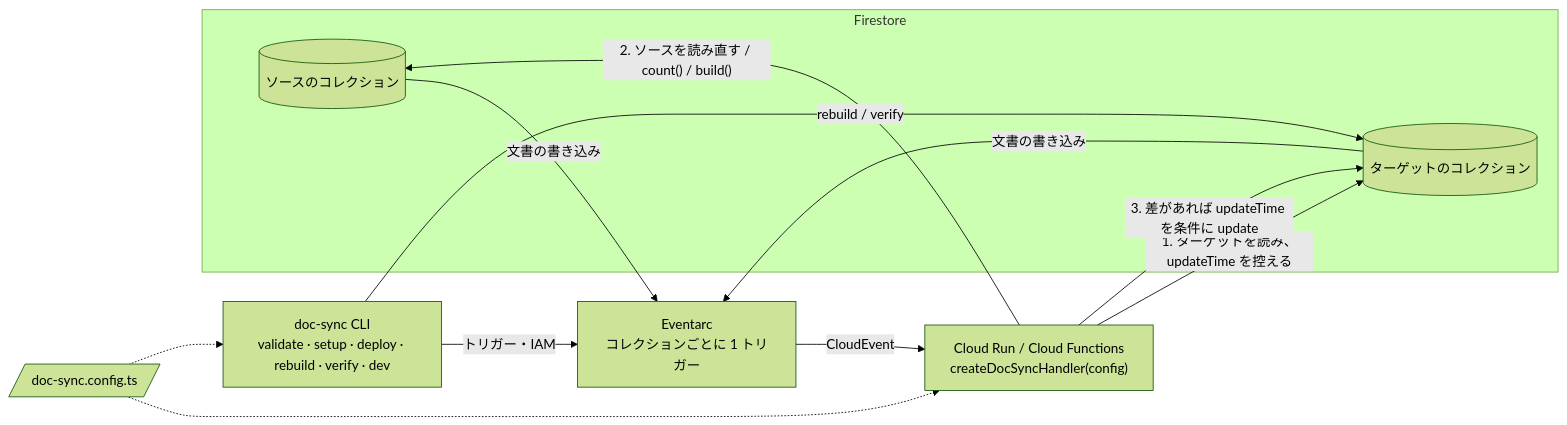
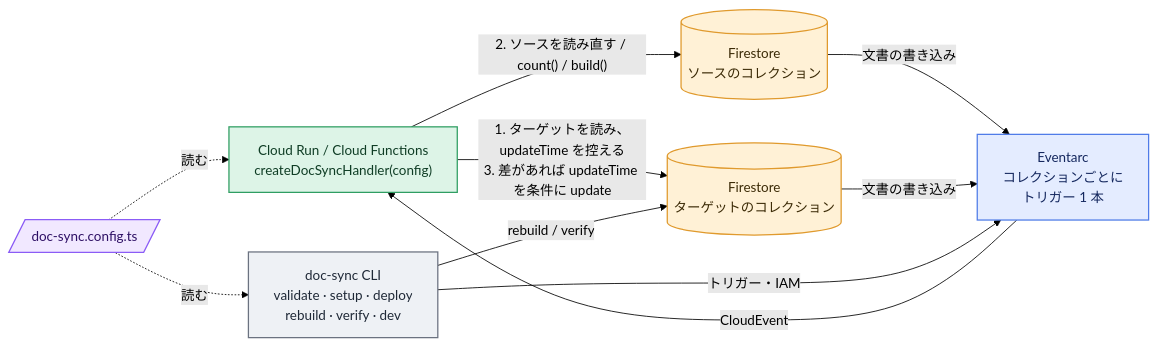
One commit to fire-launch/firestore-denormalize changed the diagram in README.ja.md. Above: the diagram before and after it, drawn with Mermaid (forest theme). The commit also changed 2 other files, not shown here.

Commit message:
Condense docs/reference into tables and bullets

````diff
--- a/README.ja.md
+++ b/README.ja.md
@@ -57,17 +57,30 @@
 ```mermaid
 flowchart LR
-  subgraph fs[Firestore]
-    S[(ソースのコレクション)]
-    T[(ターゲットのコレクション)]
-  end
-  S -- 文書の書き込み --> E[Eventarc<br/>コレクションごとに 1 トリガー]
-  T -- 文書の書き込み --> E
-  E -- CloudEvent --> H["Cloud Run / Cloud Functions<br/>createDocSyncHandler(config)"]
-  H -- "1. ターゲットを読み、updateTime を控える" --> T
+  C[/"doc-sync.config.ts"/]
+  CLI["doc-sync CLI<br/>validate · setup · deploy<br/>rebuild · verify · dev"]
+  S[("Firestore<br/>ソースのコレクション")]
+  T[("Firestore<br/>ターゲットのコレクション")]
+  E["Eventarc<br/>コレクションごとに<br/>トリガー 1 本"]
+  H["Cloud Run / Cloud Functions<br/>createDocSyncHandler(config)"]
+
+  S -- "文書の書き込み" --> E
+  T -- "文書の書き込み" --> E
+  E -- "CloudEvent" --> H
+  H -- "1. ターゲットを読み、updateTime を控える<br/>3. 差があれば updateTime を条件に update" --> T
   H -- "2. ソースを読み直す / count() / build()" --> S
-  H -- "3. 差があれば updateTime を条件に update" --> T
-  C[/doc-sync.config.ts/] -.-> H
-  C -.-> CLI["doc-sync CLI<br/>validate · setup · deploy · rebuild · verify · dev"]
-  CLI -- トリガー・IAM --> E
-  CLI -- rebuild / verify --> T
+  C -. "読む" .-> H
+  C -. "読む" .-> CLI
+  CLI -- "トリガー・IAM" --> E
+  CLI -- "rebuild / verify" --> T
+
+  classDef store fill:#FFF1D6,stroke:#E09A2D,stroke-width:1.5px,color:#3B2A06
+  classDef event fill:#E4ECFF,stroke:#4F7BE8,stroke-width:1.5px,color:#14275E
+  classDef fn fill:#DDF4E7,stroke:#2F9E62,stroke-width:1.5px,color:#0F3D25
+  classDef conf fill:#F1E8FF,stroke:#8B5CF6,stroke-width:1.5px,color:#2E1065
+  classDef cli fill:#EEF1F5,stroke:#6B7280,stroke-width:1.5px,color:#1F2937
+  class S,T store
+  class E event
+  class H fn
+  class C conf
+  class CLI cli
 ```
````
